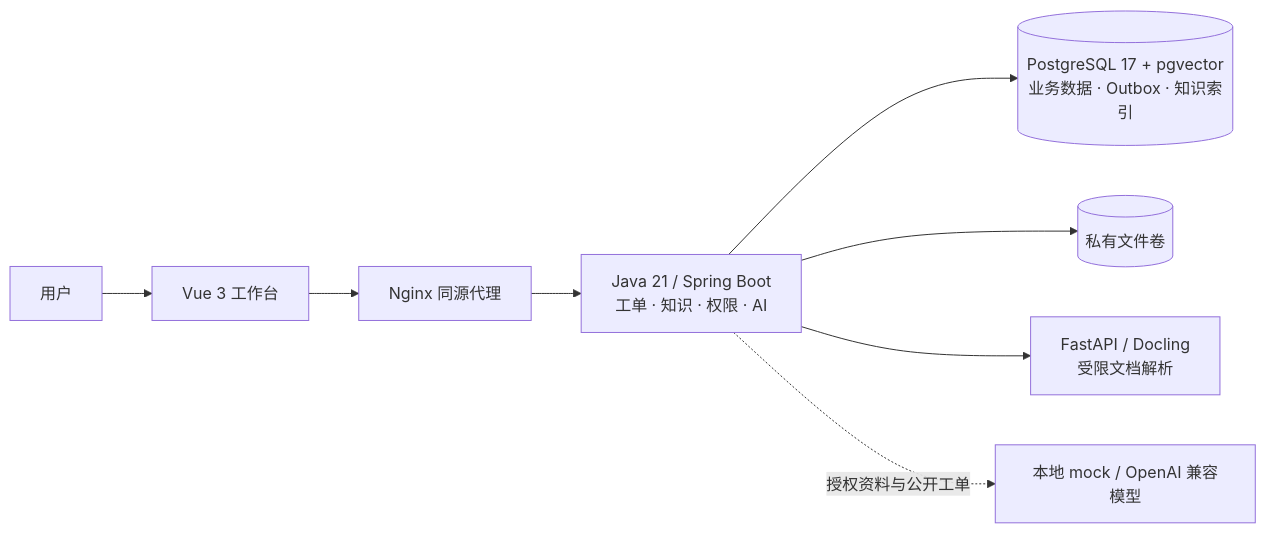
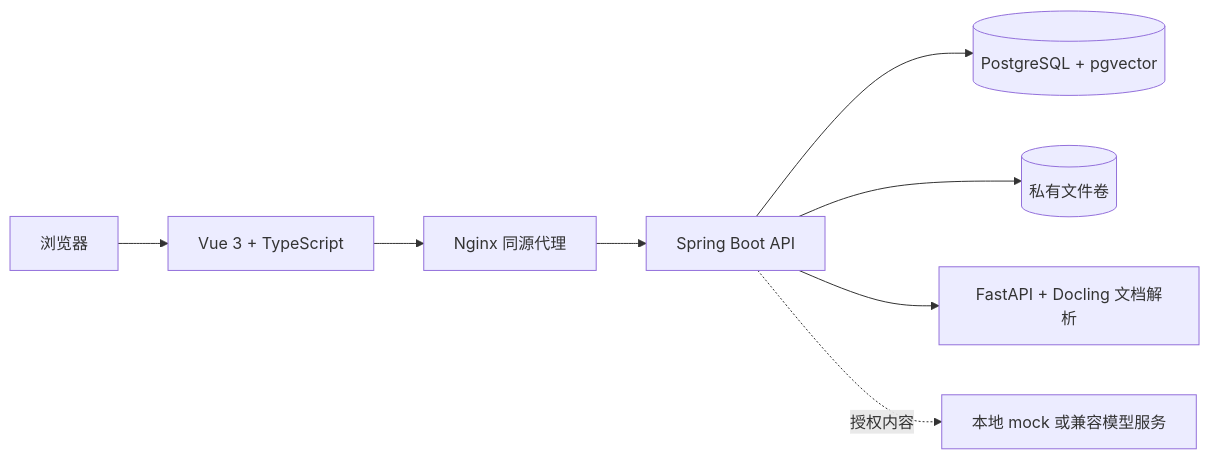
Before and after one commit to kevin-sanas/Ticknova: the diagram in README.md, drawn with Mermaid. The commit also changed other lines of this file and 37 other files, not shown here.

````diff
--- a/README.md
+++ b/README.md
@@ -12,10 +18,10 @@
-```mermaid
+~~~mermaid
 flowchart LR
-    U[用户] --> W[Vue 3 工作台]
+    U[浏览器] --> W[Vue 3 + TypeScript]
     W --> N[Nginx 同源代理]
-    N --> J[Java 21 / Spring Boot\n工单 · 知识 · 权限 · AI]
-    J --> P[(PostgreSQL 17 + pgvector\n业务数据 · Outbox · 知识索引)]
-    J --> F[(私有文件卷)]
-    J --> D[FastAPI / Docling\n受限文档解析]
-    J -. 授权资料与公开工单 .-> M[本地 mock / OpenAI 兼容模型]
-```
+    N --> A[Spring Boot API]
+    A --> DB[(PostgreSQL + pgvector)]
+    A --> F[(私有文件卷)]
+    A --> D[FastAPI + Docling 文档解析]
+    A -. 授权内容 .-> M[本地 mock 或兼容模型服务]
+~~~
````
